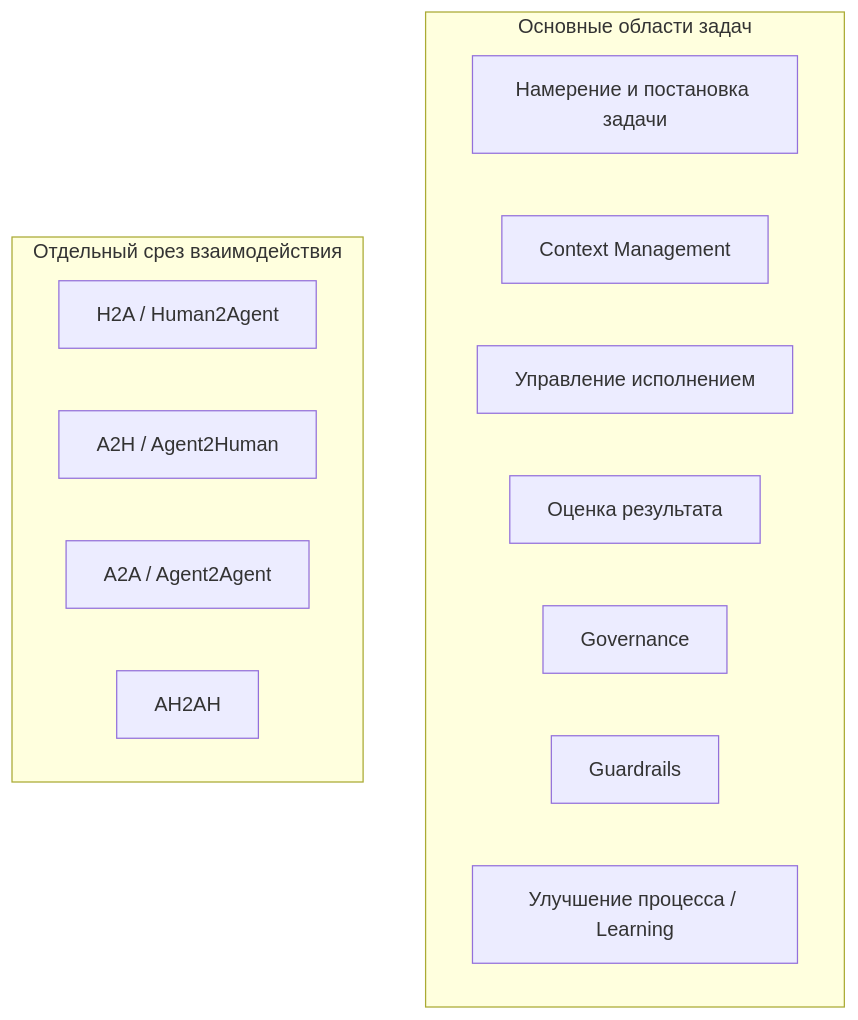
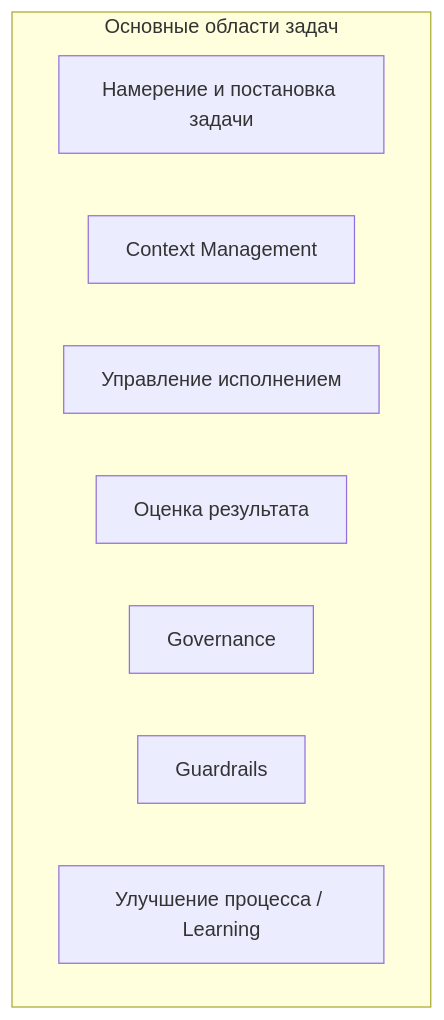
One commit to Kimskiykim/OctoBend changed the second of 2 diagrams in docs/ai-coding-control-model/core/components-catalog-ru.md. Above: the diagram before and after it, drawn with Mermaid. The commit also changed other lines of this file, not shown here.

Commit message:
Move interaction slice to ideas

````diff
--- a/docs/ai-coding-control-model/core/components-catalog-ru.md
+++ b/docs/ai-coding-control-model/core/components-catalog-ru.md
@@ -102,19 +90,12 @@
 ```mermaid
 flowchart TB
     subgraph Core["Основные области задач"]
         IntentEntity["Намерение и постановка задачи"]
         Context["Context Management"]
         ExecMgmt["Управление исполнением"]
         ResultEval["Оценка результата"]
         Governance["Governance"]
         Guardrails["Guardrails"]
         Improvement["Улучшение процесса / Learning"]
     end
-
-    subgraph Interaction["Отдельный срез взаимодействия"]
-        H2A["H2A / Human2Agent"]
-        A2H["A2H / Agent2Human"]
-        A2A["A2A / Agent2Agent"]
-        AH2AH["AH2AH"]
-    end
 ```
````
